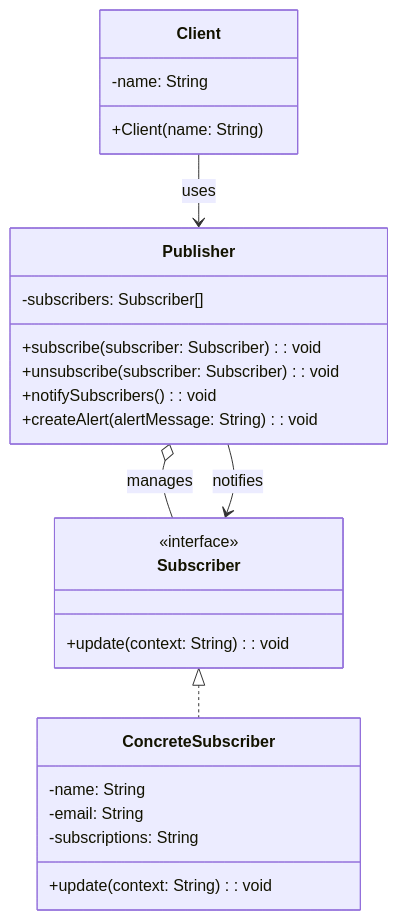
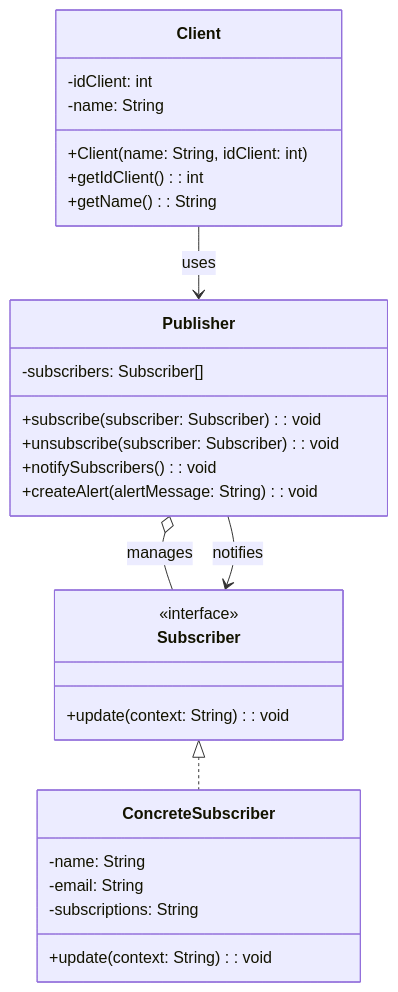
Before and after one commit to KeiverJ/DesignPatterns-02230131035: the third of 3 diagrams in README.md, drawn with Mermaid.

Commit message:
README.md

````diff
--- a/README.md
+++ b/README.md
@@ -177,29 +177,32 @@
 ```mermaid
 classDiagram
     direction TB
     class Publisher {
         -subscribers: Subscriber[]
         +subscribe(subscriber: Subscriber): void
         +unsubscribe(subscriber: Subscriber): void
         +notifySubscribers(): void
         +createAlert(alertMessage: String): void
     }
     class Subscriber {
         <<interface>>
         +update(context: String): void
     }
     class ConcreteSubscriber {
         -name: String
         -email: String
         -subscriptions: String
         +update(context: String): void
     }
     class Client {
+        -idClient: int
         -name: String
-        +Client(name: String)
+        +Client(name: String, idClient: int)
+        +getIdClient(): int
+        +getName(): String
     }
     Publisher o-- Subscriber : manages
     Subscriber <|.. ConcreteSubscriber
     Client --> Publisher : uses
     Publisher --> Subscriber : notifies
 ```
````
